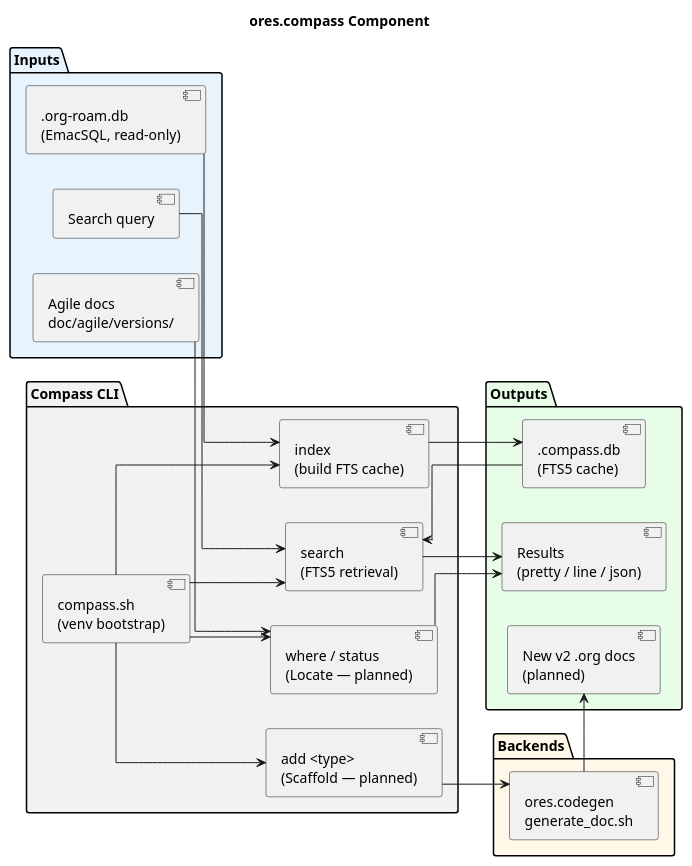
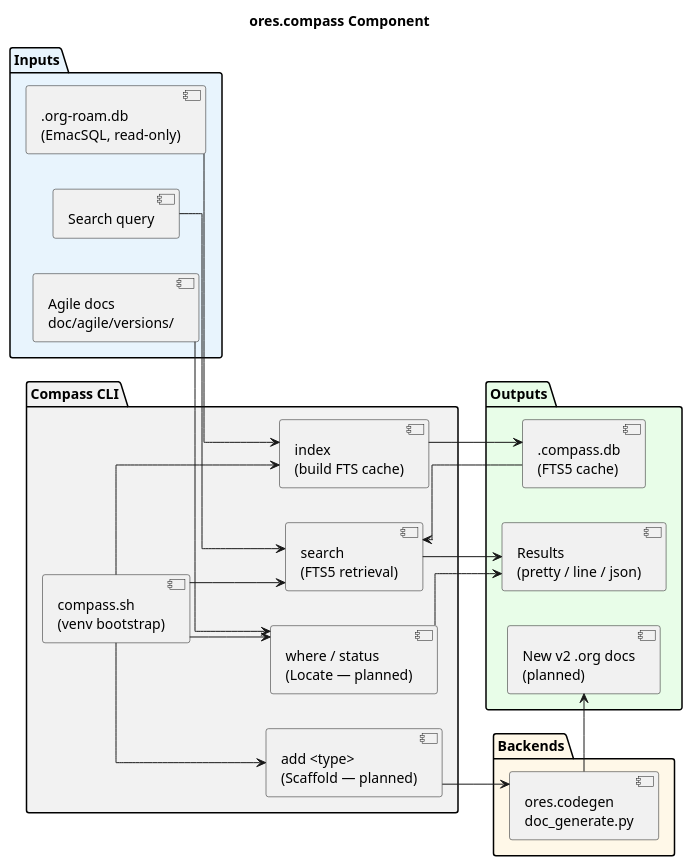
One commit to OreStudio/OreStudio changed the diagram in projects/ores.compass/modeling/ores.compass.puml. Above: the diagram before and after it, drawn with PlantUML. The commit also changed 70 other files, not shown here.

```diff
--- a/projects/ores.compass/modeling/ores.compass.puml
+++ b/projects/ores.compass/modeling/ores.compass.puml
@@ -18,52 +18,52 @@
 @startuml
 
 title ores.compass Component
 
 skinparam linetype ortho
 left to right direction
 
 package "Inputs" #E8F4FD {
     [.org-roam.db\n(EmacSQL, read-only)] as roam
     [Agile docs\ndoc/agile/versions/] as agile
     [Search query] as query
 }
 
 package "Compass CLI" #F2F2F2 {
     [compass.sh\n(venv bootstrap)] as wrapper
     [index\n(build FTS cache)] as index
     [search\n(FTS5 retrieval)] as search
     [where / status\n(Locate — planned)] as locate
     [add <type>\n(Scaffold — planned)] as scaffold
 }
 
 package "Backends" #FFF8E8 {
-    [ores.codegen\ngenerate_doc.sh] as codegen
+    [ores.codegen\ndoc_generate.py] as codegen
 }
 
 package "Outputs" #E8FDE8 {
     [.compass.db\n(FTS5 cache)] as cache
     [Results\n(pretty / line / json)] as results
     [New v2 .org docs\n(planned)] as newdocs
 }
 
 wrapper --> index
 wrapper --> search
 wrapper --> locate
 wrapper --> scaffold
 
 roam --> index
 index --> cache
 cache --> search
 query --> search
 search --> results
 
 agile --> locate
 locate --> results
 
 scaffold --> codegen
 codegen --> newdocs
 
 ' Local Variables:
 ' compile-command: "java -Djava.awt.headless=true -DPLANTUML_SECURITY_PROFILE=UNSECURE -DPLANTUML_LIMIT_SIZE=65535 -jar /usr/share/plantuml/plantuml.jar ores.compass.puml"
 ' End:
 @enduml
```
